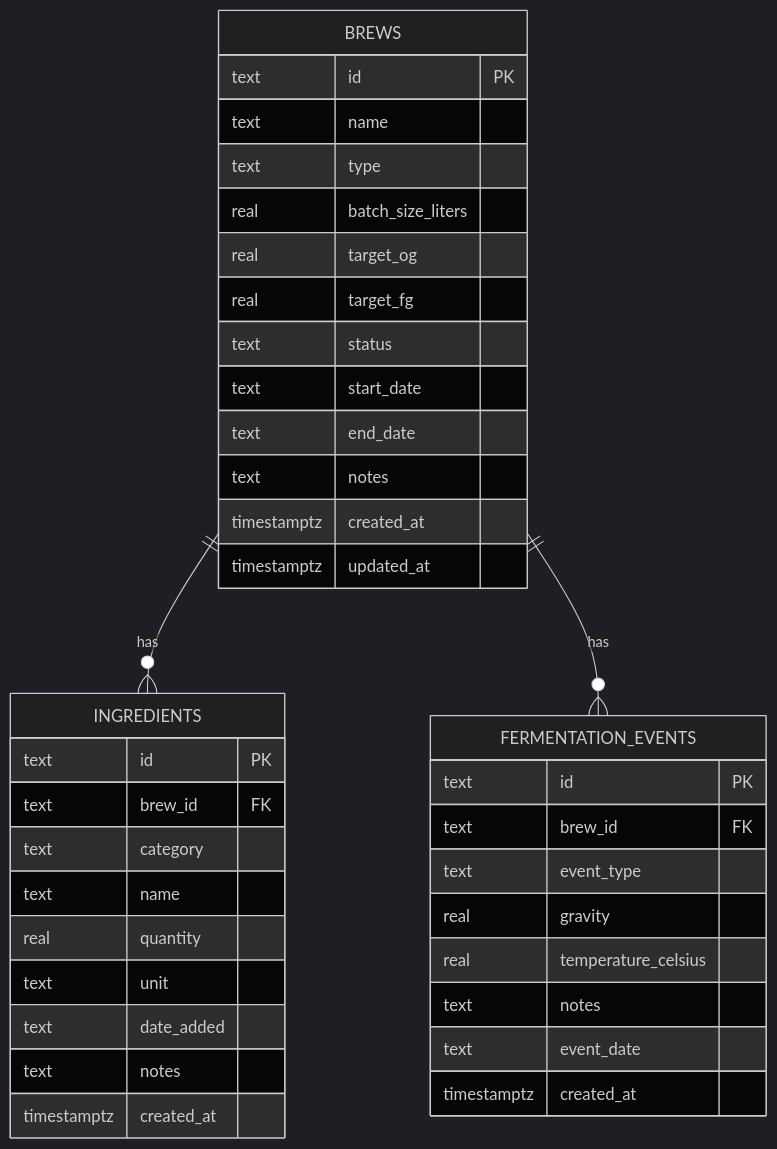
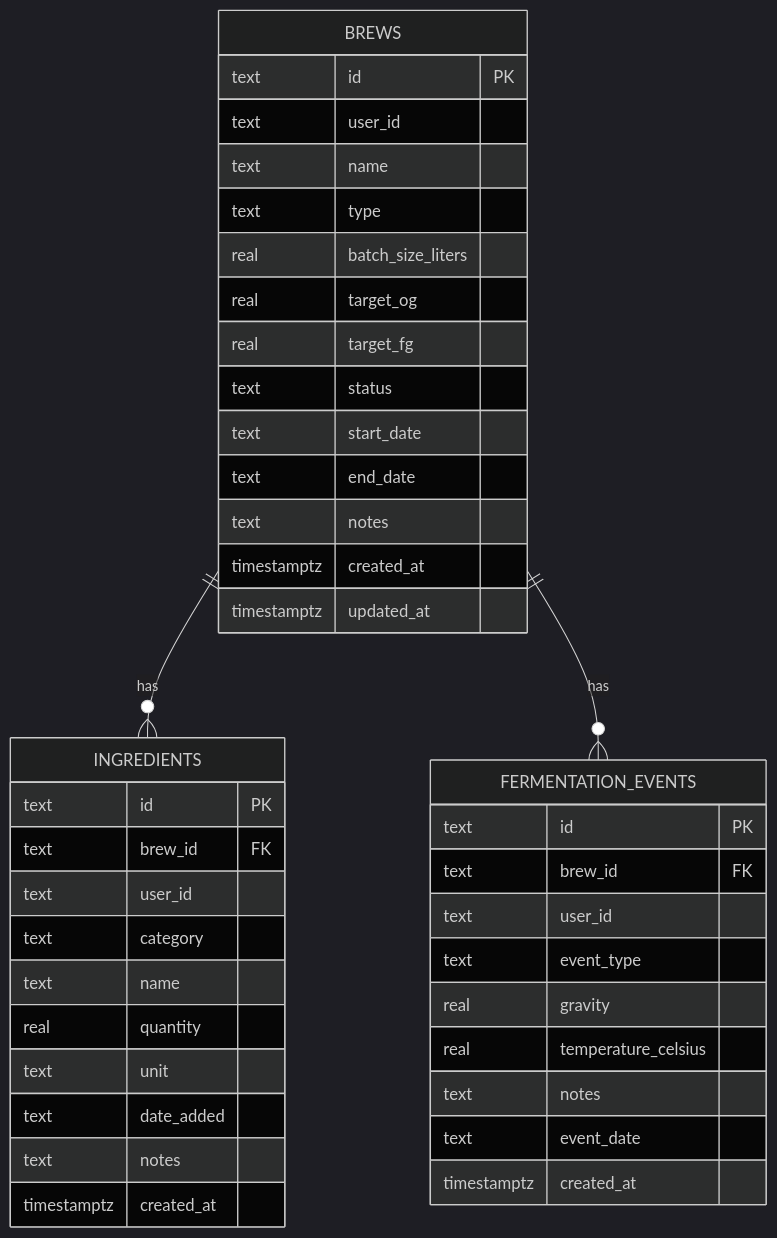
Before and after one commit to vivekmaru/brewlog: the second of 5 diagrams in ARCHITECTURE.md, drawn with Mermaid (dark theme). The commit also changed other lines of this file, not shown here.

First line of the commit message:
docs: update architecture based on review feedback

````diff
--- a/ARCHITECTURE.md
+++ b/ARCHITECTURE.md
@@ -65,43 +68,46 @@
 ```mermaid
 erDiagram
     BREWS ||--o{ INGREDIENTS : has
     BREWS ||--o{ FERMENTATION_EVENTS : has
 
     BREWS {
         text id PK
+        text user_id
         text name
         text type
         real batch_size_liters
         real target_og
         real target_fg
         text status
         text start_date
         text end_date
         text notes
         timestamptz created_at
         timestamptz updated_at
     }
 
     INGREDIENTS {
         text id PK
         text brew_id FK
+        text user_id
         text category
         text name
         real quantity
         text unit
         text date_added
         text notes
         timestamptz created_at
     }
 
     FERMENTATION_EVENTS {
         text id PK
         text brew_id FK
+        text user_id
         text event_type
         real gravity
         real temperature_celsius
         text notes
         text event_date
         timestamptz created_at
     }
 ```
````
